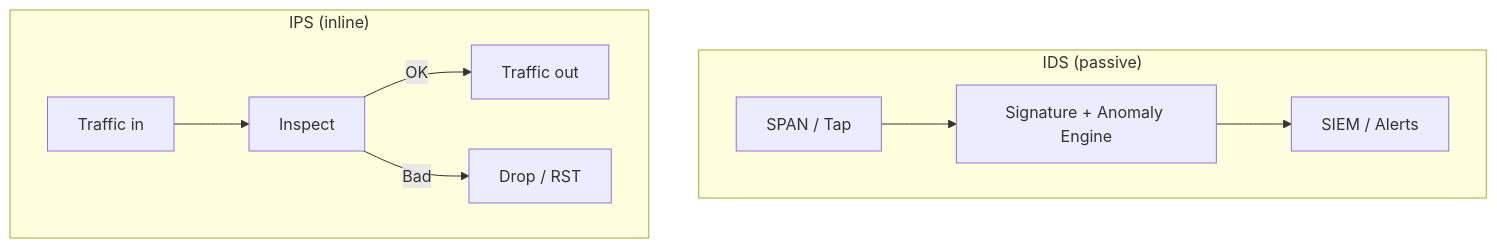
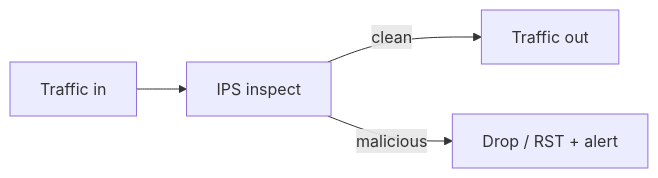
One commit to omnayak27199/pktana changed the fourth of 5 diagrams in learning/13-dlp-idps.md. Above: the diagram before and after it, drawn with Mermaid. The commit also changed other lines of this file and 14 other files, not shown here.

First line of the commit message:
docs: rewrite Learn path with diagrams, quizzes, and protocol links

````diff
--- a/learning/13-dlp-idps.md
+++ b/learning/13-dlp-idps.md
@@ -82,12 +77,6 @@
 ```mermaid
-flowchart TB
-  subgraph IDS["IDS (passive)"]
-    Tap[SPAN / Tap] --> Sensor[Signature + Anomaly Engine]
-    Sensor --> SIEM[SIEM / Alerts]
-  end
-  subgraph IPS["IPS (inline)"]
-    In[Traffic in] --> Engine[Inspect]
-    Engine -->|OK| Out[Traffic out]
-    Engine -->|Bad| Drop[Drop / RST]
-  end
+flowchart LR
+  In[Traffic in] --> IPS[IPS inspect]
+  IPS -->|clean| Out[Traffic out]
+  IPS -->|malicious| Drop[Drop / RST + alert]
 ```
````
